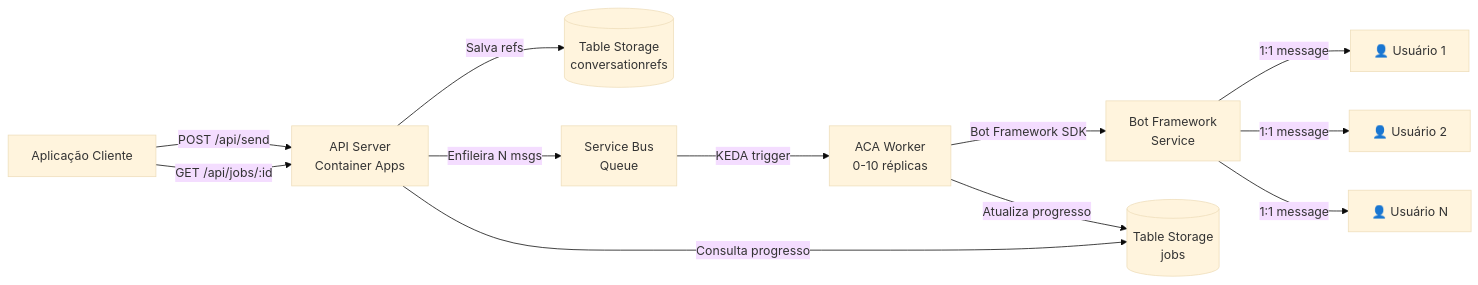
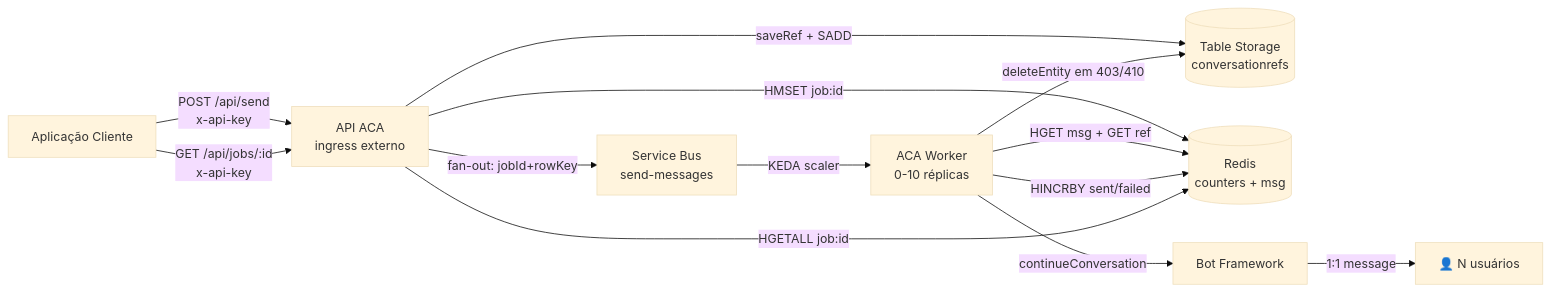
One commit to EdneiMonteiro/teams_msgs changed the first of 4 diagrams in README.md. Above: the diagram before and after it, drawn with Mermaid (base theme). The commit also changed other lines of this file and 24 other files, not shown here.

````diff
--- a/README.md
+++ b/README.md
@@ -68,14 +42,15 @@
 ```mermaid
 graph LR
-    A[Aplicação Cliente] -->|POST /api/send| B[API Server<br/>Container Apps]
-    B -->|Salva refs| C[(Table Storage<br/>conversationrefs)]
-    B -->|Enfileira N msgs| D[Service Bus<br/>Queue]
-    D -->|KEDA trigger| E[ACA Worker<br/>0-10 réplicas]
-    E -->|Bot Framework SDK| F[Bot Framework<br/>Service]
-    F -->|1:1 message| G[👤 Usuário 1]
-    F -->|1:1 message| H[👤 Usuário 2]
-    F -->|1:1 message| I[👤 Usuário N]
-    E -->|Atualiza progresso| J[(Table Storage<br/>jobs)]
-    A -->|GET /api/jobs/:id| B
-    B -->|Consulta progresso| J
+    A[Aplicação Cliente] -->|POST /api/send<br/>x-api-key| B[API ACA<br/>ingress externo]
+    B -->|saveRef + SADD| C[(Table Storage<br/>conversationrefs)]
+    B -->|fan-out: jobId+rowKey| D[Service Bus<br/>send-messages]
+    B -->|HMSET job:id| R[(Redis<br/>counters + msg)]
+    D -->|KEDA scaler| E[ACA Worker<br/>0-10 réplicas]
+    E -->|HGET msg + GET ref| R
+    E -->|continueConversation| F[Bot Framework]
+    F -->|1:1 message| G[👤 N usuários]
+    E -->|HINCRBY sent/failed| R
+    E -->|deleteEntity em 403/410| C
+    A -->|GET /api/jobs/:id<br/>x-api-key| B
+    B -->|HGETALL job:id| R
 ```
````
